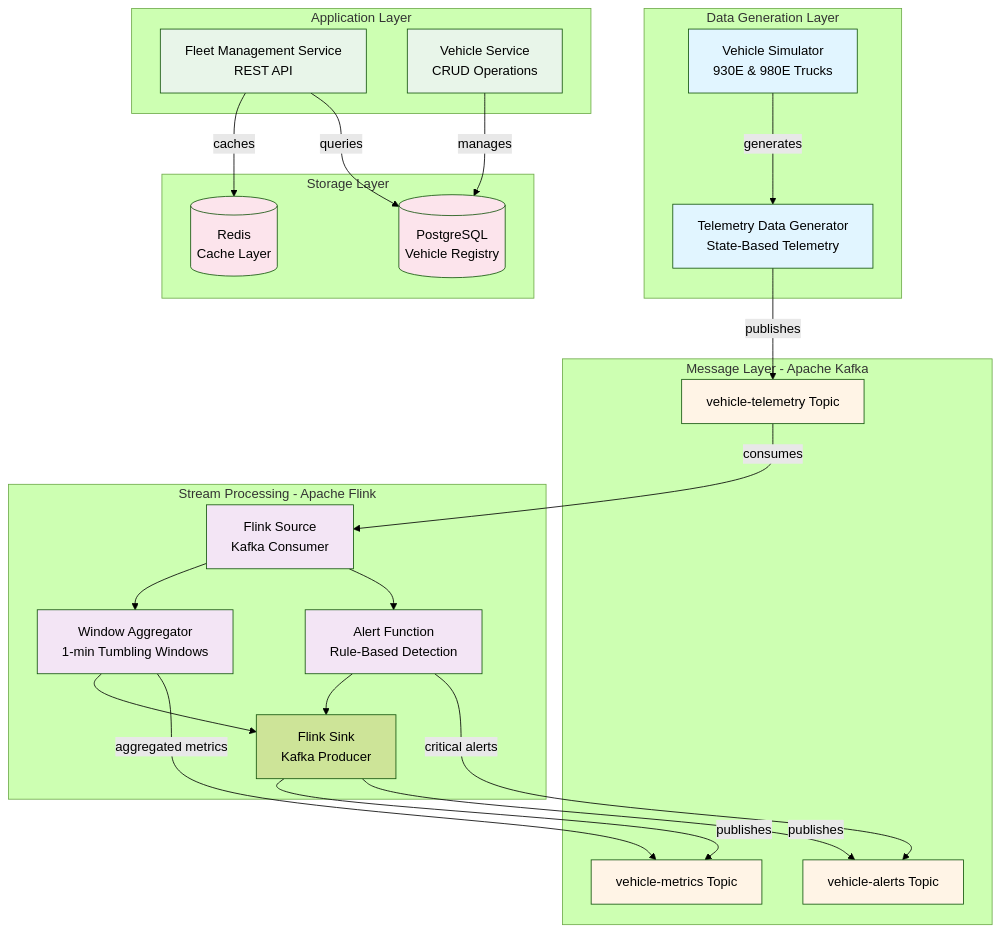
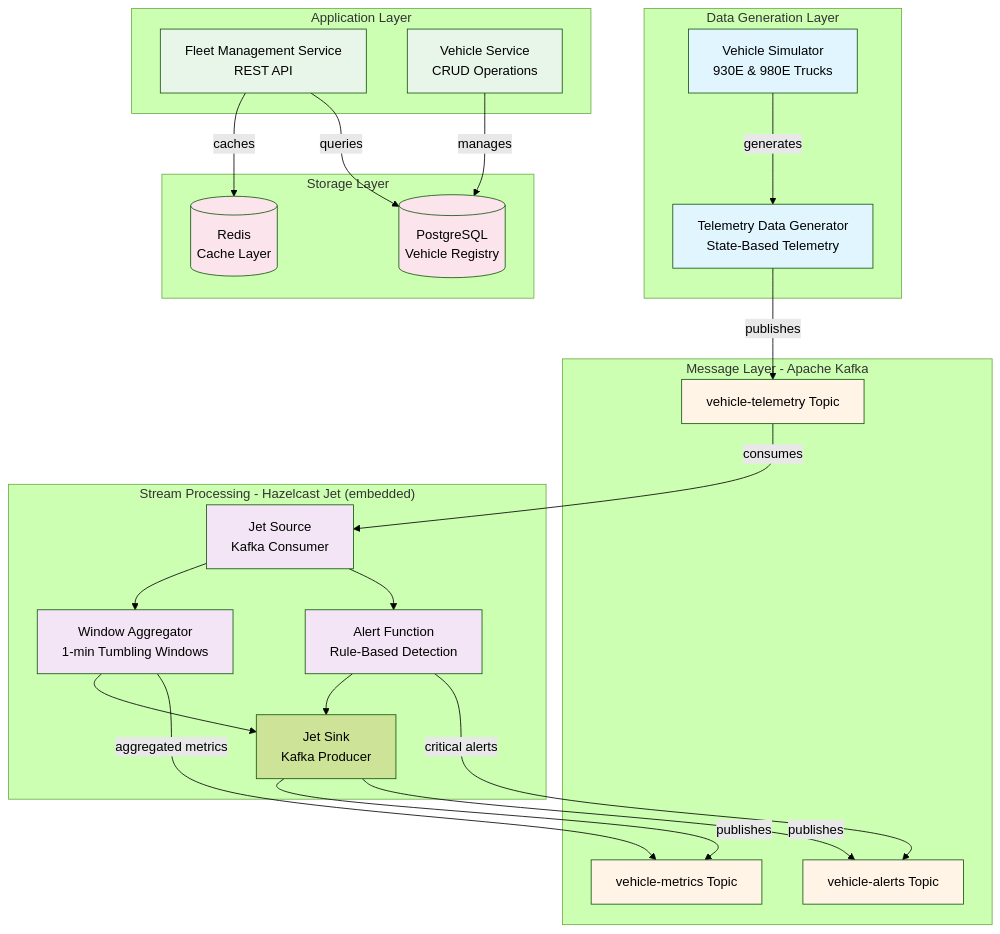
Before and after one commit to Shallako/ShuzAHS: the first of 18 diagrams in DIAGRAMS.md, drawn with Mermaid (forest theme). The commit also changed other lines of this file and 3 other files, not shown here.

Commit message:
Migrate stream processing from Flink to Hazelcast Jet (embedded), update associated documentation, diagrams, and pipeline references, and remove outdated Flink-specific configurations and scripts.

````diff
--- a/DIAGRAMS.md
+++ b/DIAGRAMS.md
@@ -27,59 +27,59 @@
 ```mermaid
 graph TB
     subgraph "Data Generation Layer"
         VG[Vehicle Simulator<br/>930E & 980E Trucks]
         TDG[Telemetry Data Generator<br/>State-Based Telemetry]
     end
     
     subgraph "Message Layer - Apache Kafka"
         KT1[vehicle-telemetry Topic]
         KT2[vehicle-alerts Topic]
         KT3[vehicle-metrics Topic]
     end
     
-    subgraph "Stream Processing - Apache Flink"
-        FS[Flink Source<br/>Kafka Consumer]
+    subgraph "Stream Processing - Hazelcast Jet (embedded)"
+        FS[Jet Source<br/>Kafka Consumer]
         AF[Alert Function<br/>Rule-Based Detection]
         WA[Window Aggregator<br/>1-min Tumbling Windows]
-        FK[Flink Sink<br/>Kafka Producer]
+        FK[Jet Sink<br/>Kafka Producer]
     end
     
     subgraph "Application Layer"
         FM[Fleet Management Service<br/>REST API]
         VS[Vehicle Service<br/>CRUD Operations]
     end
     
     subgraph "Storage Layer"
         PG[(PostgreSQL<br/>Vehicle Registry)]
         RD[(Redis<br/>Cache Layer)]
     end
     
     VG -->|generates| TDG
     TDG -->|publishes| KT1
     KT1 -->|consumes| FS
     FS --> AF
     FS --> WA
     AF -->|critical alerts| KT2
     WA -->|aggregated metrics| KT3
     AF --> FK
     WA --> FK
     FK -->|publishes| KT2
     FK -->|publishes| KT3
     
     FM -->|queries| PG
     FM -->|caches| RD
     VS -->|manages| PG
     
     style VG fill:#e1f5ff
     style TDG fill:#e1f5ff
     style KT1 fill:#fff4e6
     style KT2 fill:#fff4e6
     style KT3 fill:#fff4e6
     style FS fill:#f3e5f5
     style AF fill:#f3e5f5
     style WA fill:#f3e5f5
     style FM fill:#e8f5e9
     style VS fill:#e8f5e9
     style PG fill:#fce4ec
     style RD fill:#fce4ec
 ```
````
